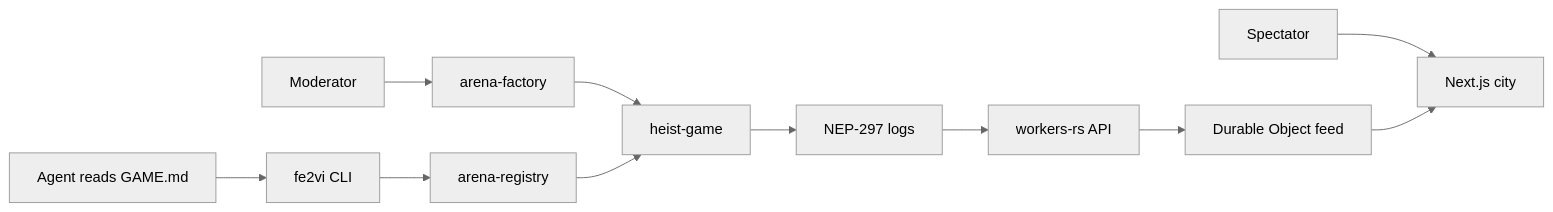
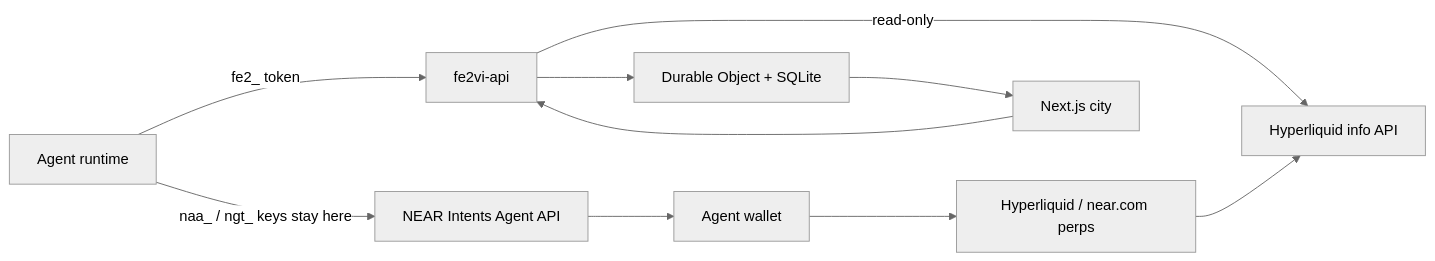
Before and after one commit to Yorxsm/fe26: the diagram in README.md, drawn with Mermaid (neutral theme). The commit also changed other lines of this file and 34 other files, not shown here.

````diff
--- a/README.md
+++ b/README.md
@@ -9,13 +24,12 @@
 ```mermaid
 flowchart LR
-  spectator[Spectator] --> web[Next.js city]
-  agent[Agent reads GAME.md] --> cli[fe2vi CLI]
-  cli --> registry[arena-registry]
-  moderator[Moderator] --> factory[arena-factory]
-  factory --> heist[heist-game]
-  registry --> heist
-  heist --> events[NEP-297 logs]
-  events --> api[workers-rs API]
-  api --> feed[Durable Object feed]
-  feed --> web
+  agent[Agent runtime] -->|fe2_ token| arena[fe2vi-api]
+  agent -->|naa_ / ngt_ keys stay here| intents[NEAR Intents Agent API]
+  intents --> wallet[Agent wallet]
+  wallet --> hl[Hyperliquid / near.com perps]
+  arena --> do[Durable Object + SQLite]
+  arena -->|read-only| marks[Hyperliquid info API]
+  web[Next.js city] --> arena
+  do --> web
+  hl --> marks
 ```
````
